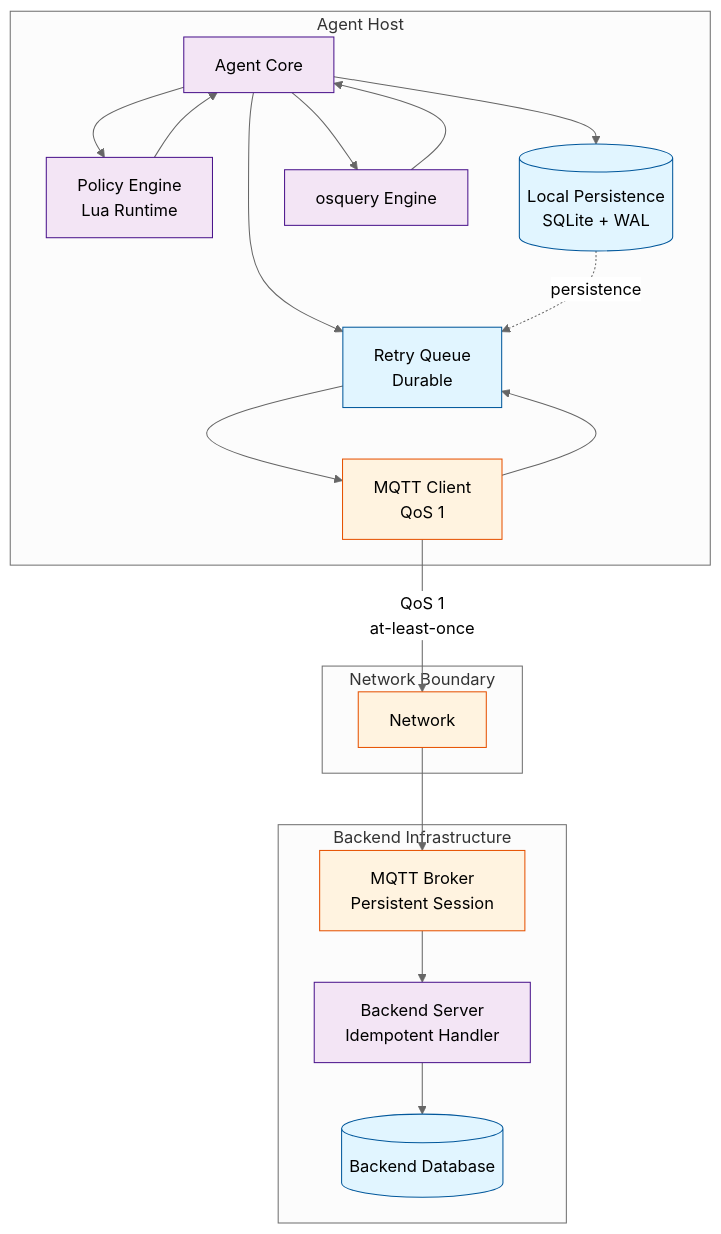
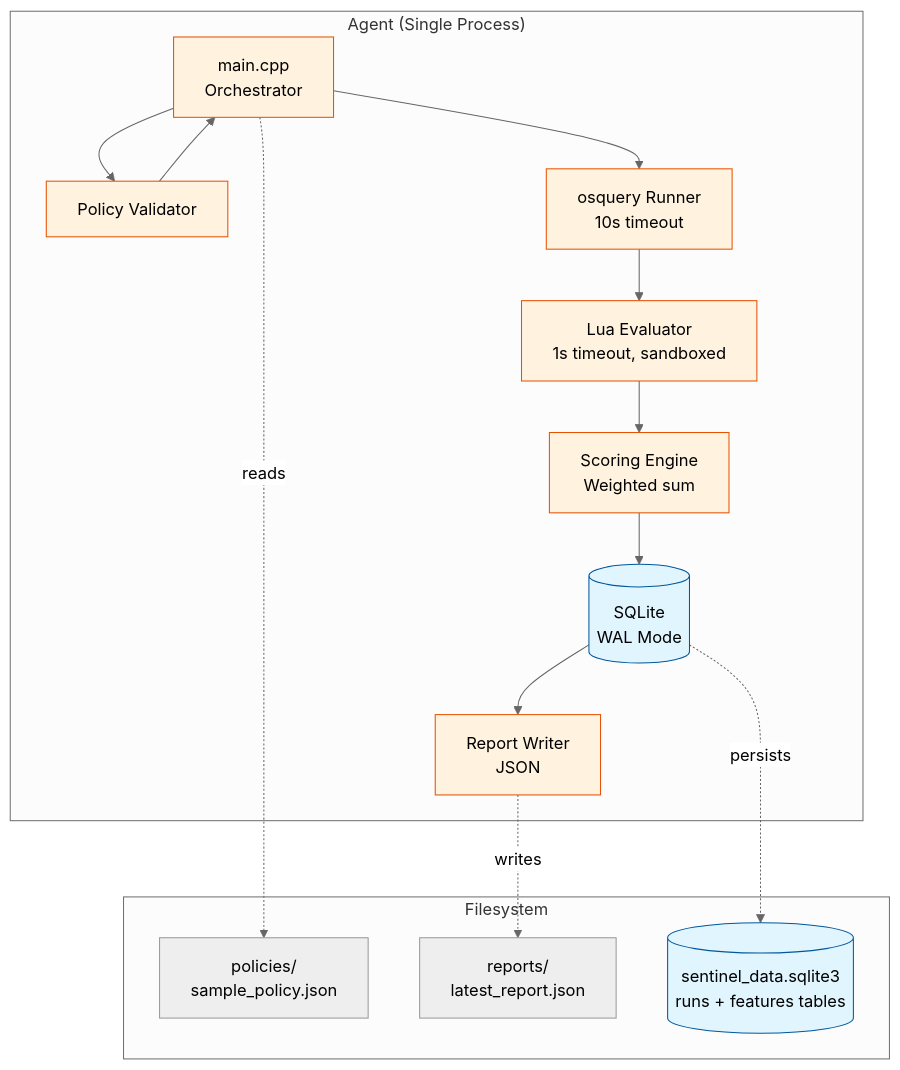
One commit to rohan2107/Sentinel changed the diagram in architecture/README.md. Above: the diagram before and after it, drawn with Mermaid (neutral theme). The commit also changed other lines of this file and 15 other files, not shown here.

First line of the commit message:
Revamp README; add roadmap docs & scripts

````diff
--- a/architecture/README.md
+++ b/architecture/README.md
@@ -7,45 +7,36 @@
 ```mermaid
 graph TB
-    subgraph "Agent Host"
-        AC[Agent Core]
-        PE[Policy Engine<br/>Lua Runtime]
-        LP[(Local Persistence<br/>SQLite + WAL)]
-        RQ[Retry Queue<br/>Durable]
-        MC[MQTT Client<br/>QoS 1]
-        OQ[osquery Engine]
+    subgraph "Agent (Single Process)"
+        M[main.cpp<br/>Orchestrator]
+        PV[Policy Validator]
+        OR[osquery Runner<br/>10s timeout]
+        LE[Lua Evaluator<br/>1s timeout, sandboxed]
+        SC[Scoring Engine<br/>Weighted sum]
+        DB[(SQLite<br/>WAL Mode)]
+        RW[Report Writer<br/>JSON]
         
-        AC --> PE
-        AC --> OQ
-        PE --> AC
-        OQ --> AC
-        AC --> LP
-        AC --> RQ
-        RQ --> MC
-        MC --> RQ
-        LP -.persistence.-> RQ
+        M --> PV
+        PV --> M
+        M --> OR
+        OR --> LE
+        LE --> SC
+        SC --> DB
+        DB --> RW
     end
     
-    subgraph "Network Boundary"
-        NW[Network]
+    subgraph "Filesystem"
+        POL[policies/<br/>sample_policy.json]
+        REP[reports/<br/>latest_report.json]
+        DBFILE[(sentinel_data.sqlite3<br/>runs + features tables)]
     end
     
-    subgraph "Backend Infrastructure"
-        MB[MQTT Broker<br/>Persistent Session]
-        BS[Backend Server<br/>Idempotent Handler]
-        BDB[(Backend Database)]
-        
-        MB --> BS
-        BS --> BDB
-    end
+    M -.reads.-> POL
+    RW -.writes.-> REP
+    DB -.persists.-> DBFILE
     
-    MC -->|QoS 1<br/>at-least-once| NW
-    NW --> MB
+    classDef storage fill:#e1f5ff,stroke:#01579b
+    classDef compute fill:#fff3e0,stroke:#e65100
     
-    classDef persistence fill:#e1f5ff,stroke:#01579b
-    classDef network fill:#fff3e0,stroke:#e65100
-    classDef compute fill:#f3e5f5,stroke:#4a148c
-    
-    class LP,RQ,BDB persistence
-    class MC,MB,NW network
-    class AC,PE,OQ,BS compute
+    class DB,DBFILE storage
+    class M,PV,OR,LE,SC,RW compute
 ```
````
